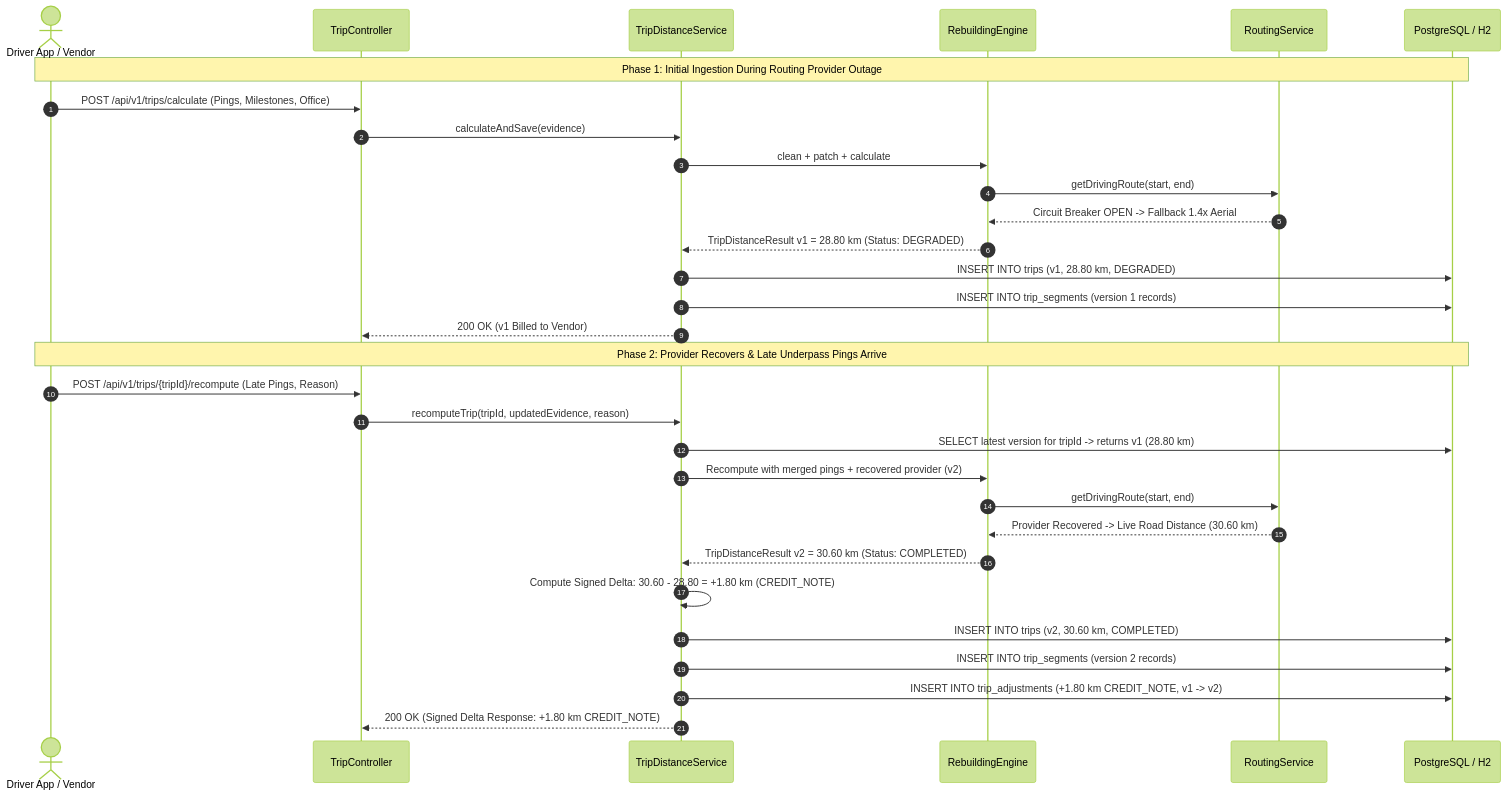
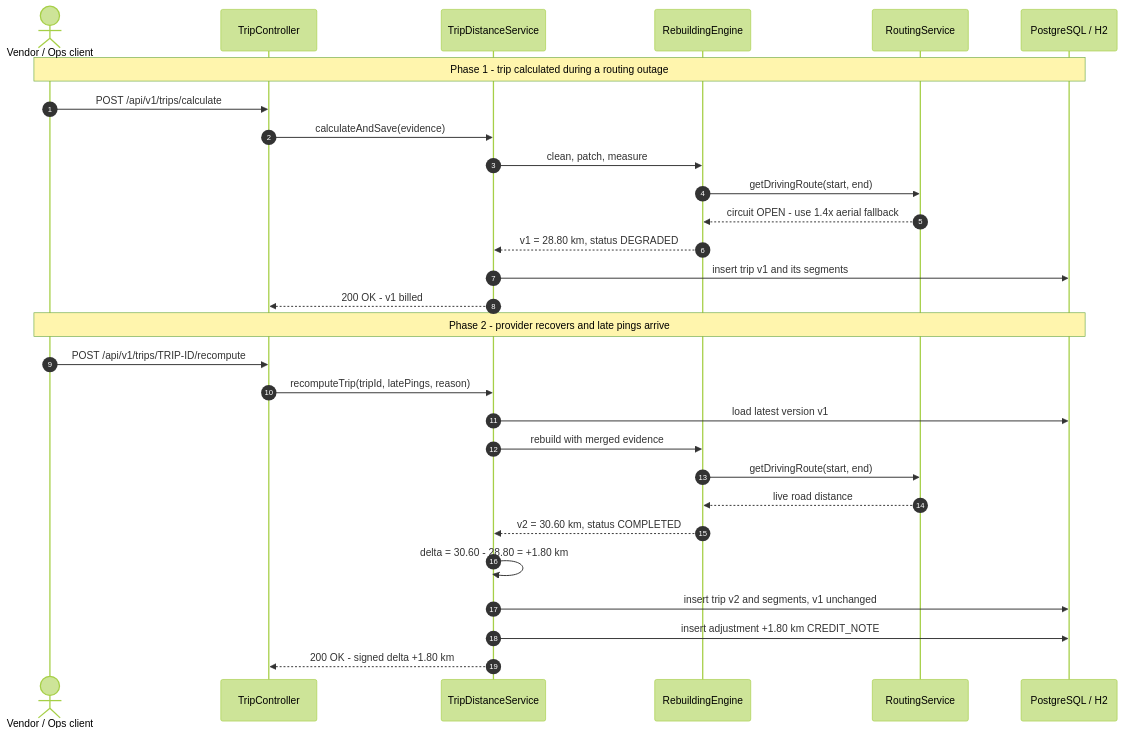
One commit to kamran-asif/GPS-Gap-Backfill-Billable-Distance-Reconstruction changed the fourth of 6 diagrams in README.md. Above: the diagram before and after it, drawn with Mermaid (forest theme). The commit also changed other lines of this file, not shown here.

Commit message:
docs: professional README rewrite; align rules, API, schema and run instructions with code

````diff
--- a/README.md
+++ b/README.md
@@ -257,36 +286,33 @@
 ```mermaid
 sequenceDiagram
     autonumber
-    actor Driver as Driver App / Vendor
+    actor Client as Vendor / Ops client
     participant API as TripController
     participant Svc as TripDistanceService
-    participant Engine as RebuildingEngine
+    participant Eng as RebuildingEngine
     participant Route as RoutingService
     participant DB as PostgreSQL / H2
 
-    Note over Driver,DB: Phase 1: Initial Ingestion During Routing Provider Outage
-    Driver->>API: POST /api/v1/trips/calculate (Pings, Milestones, Office)
+    Note over Client,DB: Phase 1 - trip calculated during a routing outage
+    Client->>API: POST /api/v1/trips/calculate
     API->>Svc: calculateAndSave(evidence)
-    Svc->>Engine: clean + patch + calculate
-    Engine->>Route: getDrivingRoute(start, end)
-    Route-->>Engine: Circuit Breaker OPEN -> Fallback 1.4x Aerial
-    Engine-->>Svc: TripDistanceResult v1 = 28.80 km (Status: DEGRADED)
-    Svc->>DB: INSERT INTO trips (v1, 28.80 km, DEGRADED)
-    Svc->>DB: INSERT INTO trip_segments (version 1 records)
-    Svc-->>API: 200 OK (v1 Billed to Vendor)
+    Svc->>Eng: clean, patch, measure
+    Eng->>Route: getDrivingRoute(start, end)
+    Route-->>Eng: circuit OPEN - use 1.4x aerial fallback
+    Eng-->>Svc: v1 = 28.80 km, status DEGRADED
+    Svc->>DB: insert trip v1 and its segments
+    Svc-->>API: 200 OK - v1 billed
 
-    Note over Driver,DB: Phase 2: Provider Recovers & Late Underpass Pings Arrive
-    Driver->>API: POST /api/v1/trips/{tripId}/recompute (Late Pings, Reason)
-    API->>Svc: recomputeTrip(tripId, updatedEvidence, reason)
-    Svc->>DB: SELECT latest version for tripId -> returns v1 (28.80 km)
-    Svc->>Engine: Recompute with merged pings + recovered provider (v2)
-    Engine->>Route: getDrivingRoute(start, end)
-    Route-->>Engine: Provider Recovered -> Live Road Distance (30.60 km)
-    Engine-->>Svc: TripDistanceResult v2 = 30.60 km (Status: COMPLETED)
-    
-    Svc->>Svc: Compute Signed Delta: 30.60 - 28.80 = +1.80 km (CREDIT_NOTE)
-    Svc->>DB: INSERT INTO trips (v2, 30.60 km, COMPLETED)
-    Svc->>DB: INSERT INTO trip_segments (version 2 records)
-    Svc->>DB: INSERT INTO trip_adjustments (+1.80 km CREDIT_NOTE, v1 -> v2)
-    Svc-->>API: 200 OK (Signed Delta Response: +1.80 km CREDIT_NOTE)
+    Note over Client,DB: Phase 2 - provider recovers and late pings arrive
+    Client->>API: POST /api/v1/trips/TRIP-ID/recompute
+    API->>Svc: recomputeTrip(tripId, latePings, reason)
+    Svc->>DB: load latest version v1
+    Svc->>Eng: rebuild with merged evidence
+    Eng->>Route: getDrivingRoute(start, end)
+    Route-->>Eng: live road distance
+    Eng-->>Svc: v2 = 30.60 km, status COMPLETED
+    Svc->>Svc: delta = 30.60 - 28.80 = +1.80 km
+    Svc->>DB: insert trip v2 and segments, v1 unchanged
+    Svc->>DB: insert adjustment +1.80 km CREDIT_NOTE
+    Svc-->>API: 200 OK - signed delta +1.80 km
 ```
````
